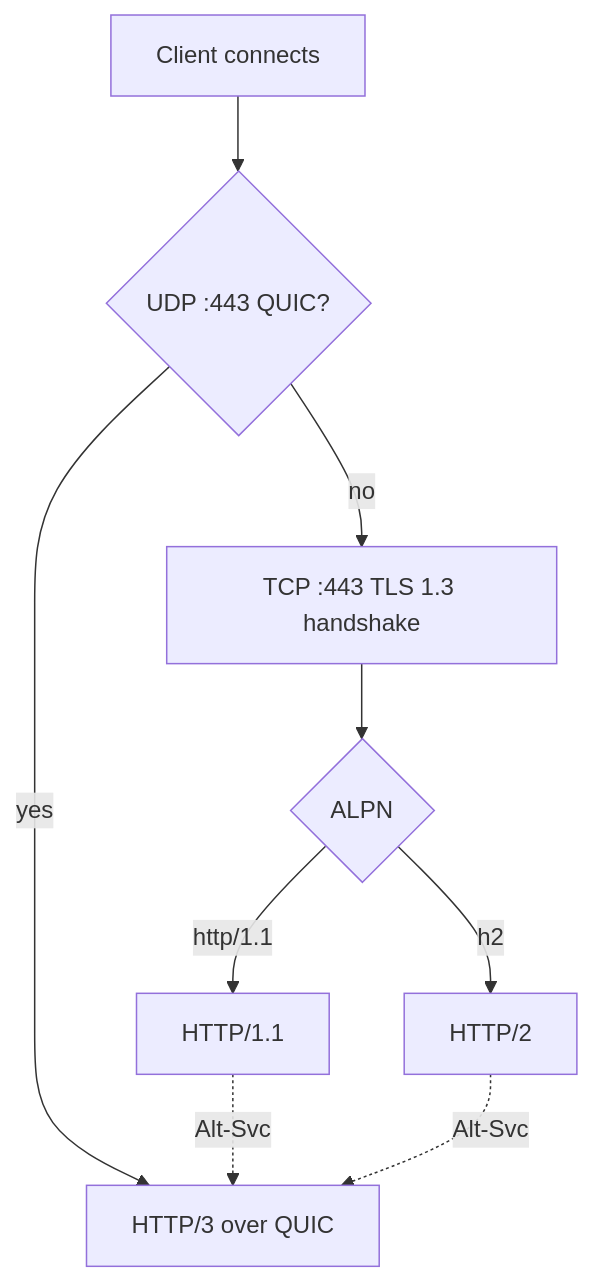
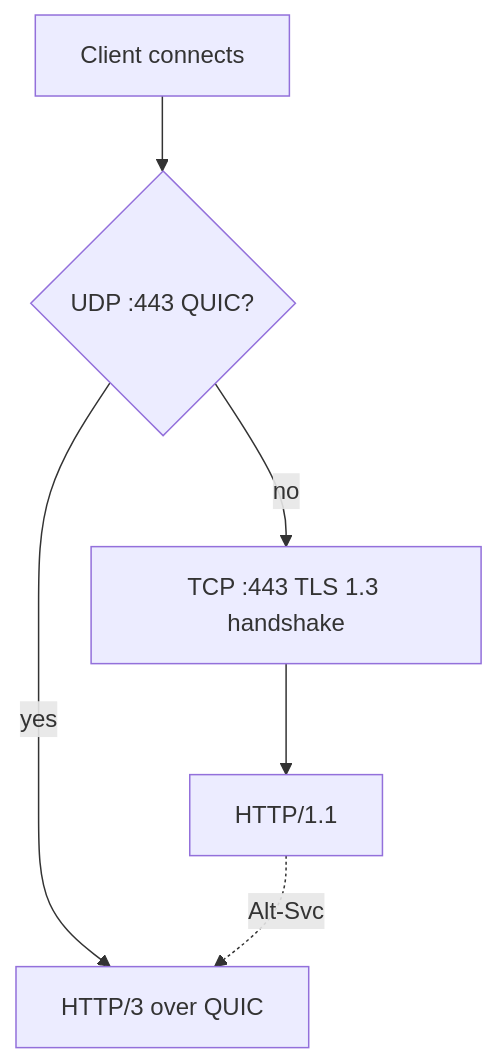
One commit to kellykinyama12-maker/dart-apache changed the diagram in docs/04-protocols.md. Above: the diagram before and after it, drawn with Mermaid. The commit also changed other lines of this file and 13 other files, not shown here.

````diff
--- a/docs/04-protocols.md
+++ b/docs/04-protocols.md
@@ -8,11 +9,8 @@
 ```mermaid
 flowchart TD
   C[Client connects] --> Q{UDP :443 QUIC?}
   Q -- yes --> H3[HTTP/3 over QUIC]
   Q -- no --> T[TCP :443 TLS 1.3 handshake]
-  T --> A{ALPN}
-  A -- h2 --> H2[HTTP/2]
-  A -- http/1.1 --> H1[HTTP/1.1]
+  T --> H1[HTTP/1.1]
   H1 -. Alt-Svc .-> H3
-  H2 -. Alt-Svc .-> H3
 ```
````
